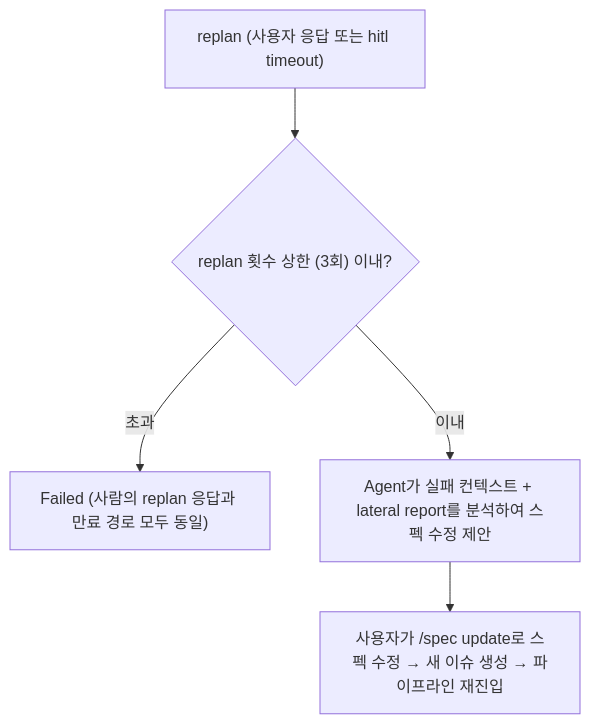
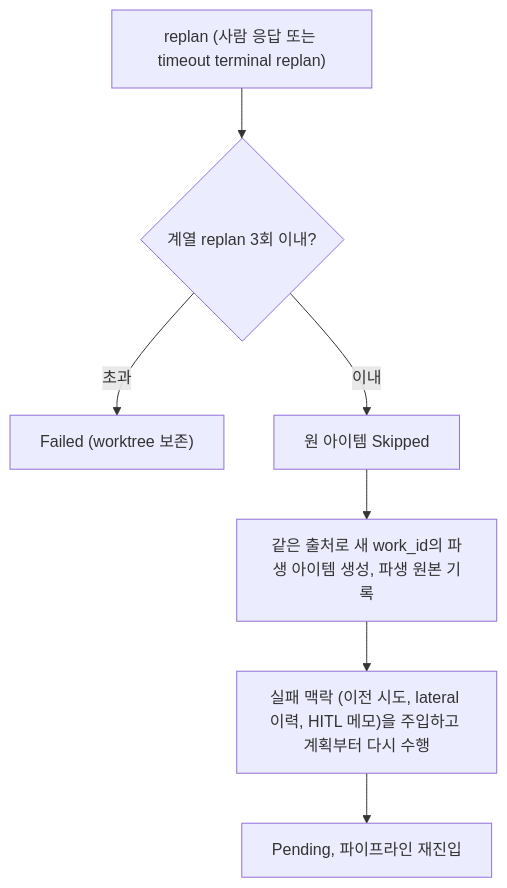
Before and after one commit to kys0213/belt: the fourth of 8 diagrams in spec/flows/04-failure-and-hitl.md, drawn with Mermaid. The commit also changed other lines of this file and 1 other file, not shown here.

First line of the commit message:
docs(spec): align failure/HITL and monitoring flows with derived items and removed spec feature

````diff
--- a/spec/flows/04-failure-and-hitl.md
+++ b/spec/flows/04-failure-and-hitl.md
@@ -231,7 +223,9 @@
 ```mermaid
 flowchart TD
-    R["replan (사용자 응답 또는 hitl timeout)"] --> C{"replan 횟수 상한 (3회) 이내?"}
-    C -- "초과" --> X["Failed (사람의 replan 응답과 만료 경로 모두 동일)"]
-    C -- "이내" --> S["Agent가 실패 컨텍스트 + lateral report를 분석하여 스펙 수정 제안"]
-    S --> U["사용자가 /spec update로 스펙 수정 → 새 이슈 생성 → 파이프라인 재진입"]
+    R["replan (사람 응답 또는 timeout terminal replan)"] --> C{"계열 replan 3회 이내?"}
+    C -- "초과" --> X["Failed (worktree 보존)"]
+    C -- "이내" --> S["원 아이템 Skipped"]
+    S --> N["같은 출처로 새 work_id의 파생 아이템 생성, 파생 원본 기록"]
+    N --> I["실패 맥락 (이전 시도, lateral 이력, HITL 메모)을 주입하고 계획부터 다시 수행"]
+    I --> P["Pending, 파이프라인 재진입"]
 ```
````
